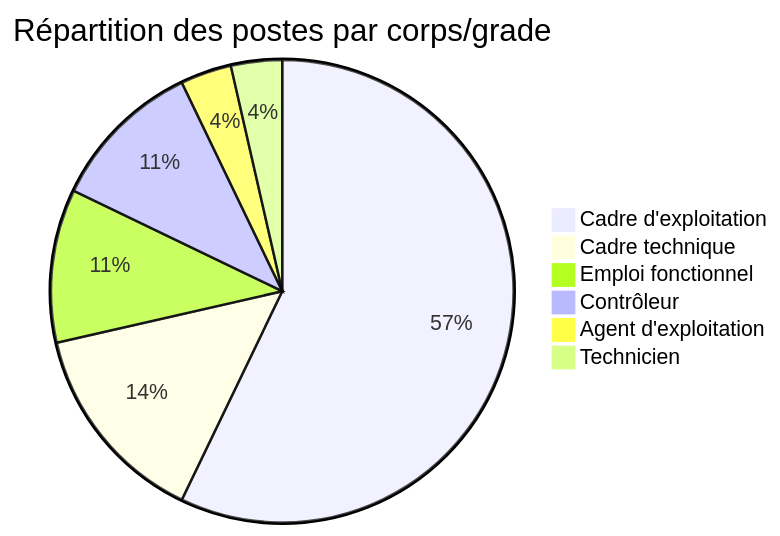
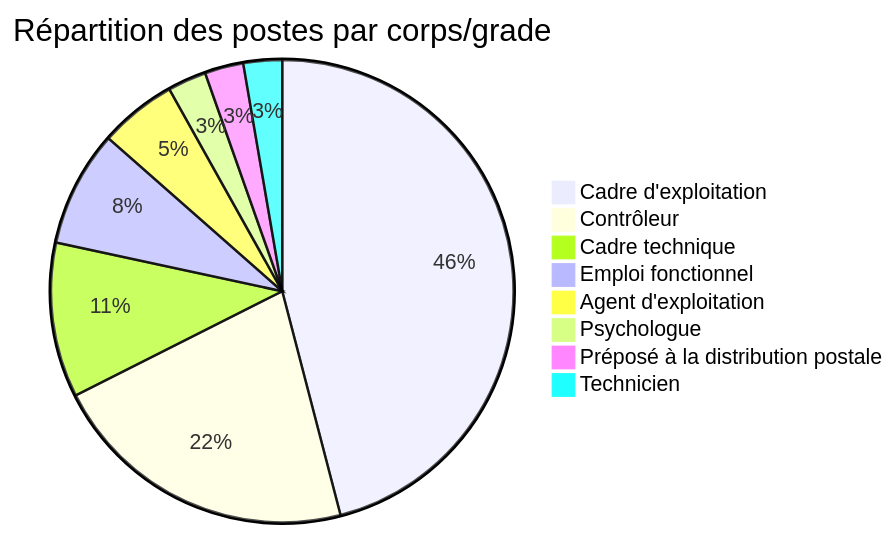
Before and after one commit to opt-nc/avps: the diagram in data/index.md, drawn with Mermaid. The commit also changed other lines of this file and 16 other files, not shown here.

````diff
--- a/data/index.md
+++ b/data/index.md
@@ -13,9 +13,11 @@
 ```mermaid
 pie title Répartition des postes par corps/grade
-    "Cadre d'exploitation" : 16
+    "Cadre d'exploitation" : 17
+    "Contrôleur" : 8
     "Cadre technique" : 4
     "Emploi fonctionnel" : 3
-    "Contrôleur" : 3
-    "Agent d'exploitation" : 1
+    "Agent d'exploitation" : 2
+    "Psychologue" : 1
+    "Préposé à la distribution postale" : 1
     "Technicien" : 1
 ```
````
